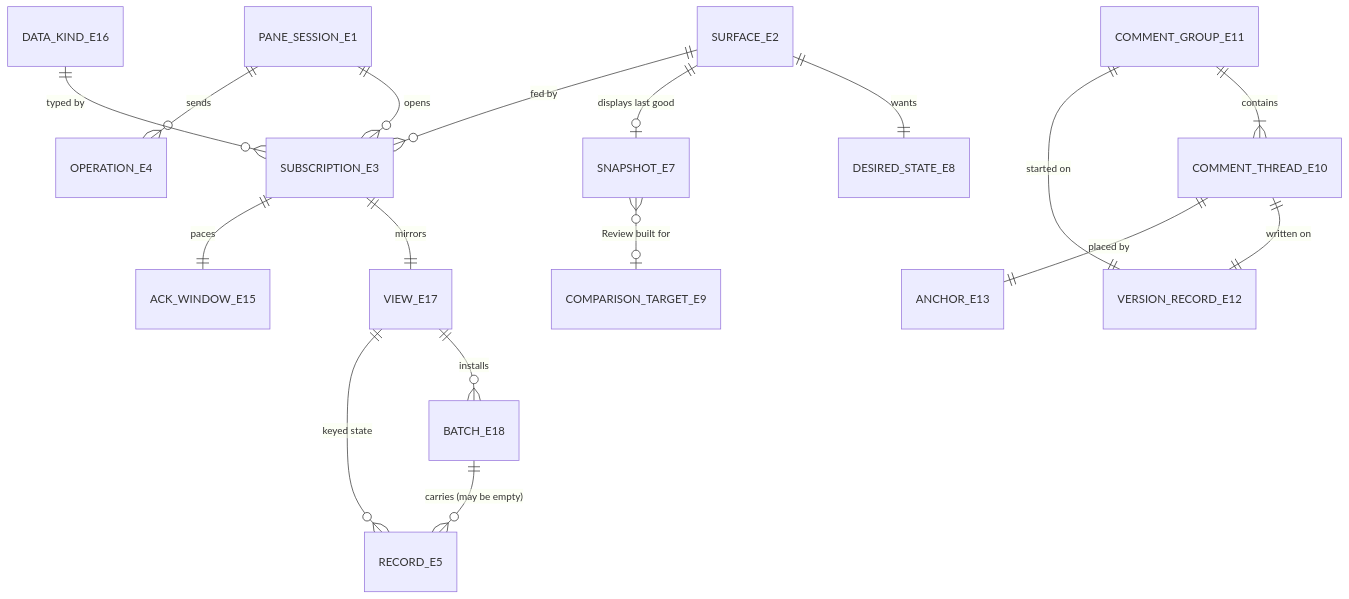
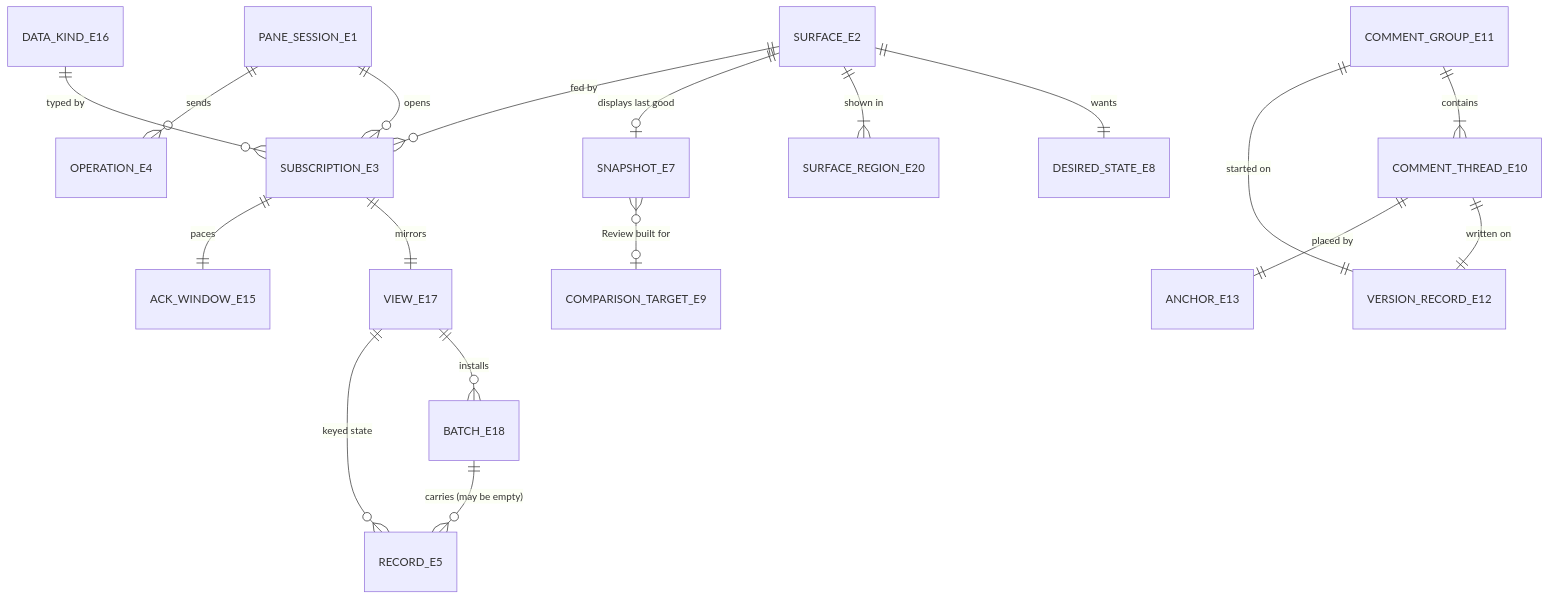
One commit to ShravanSunder/agentstudio changed the second of 2 diagrams in docs/specs/2026-09-24-bridge-stability-redesign/2026-09-24-bridge-stability-specification.md. Above: the diagram before and after it, drawn with Mermaid. The commit also changed other lines of this file and 2 other files, not shown here.

First line of the commit message:
docs(bridge): define E20 surface region and failed start for U13; loading row in C-UI

````diff
--- a/docs/specs/2026-09-24-bridge-stability-redesign/2026-09-24-bridge-stability-specification.md
+++ b/docs/specs/2026-09-24-bridge-stability-redesign/2026-09-24-bridge-stability-specification.md
@@ -45,19 +46,20 @@
 ```mermaid
 erDiagram
   PANE_SESSION_E1 ||--o{ SUBSCRIPTION_E3 : "opens"
   PANE_SESSION_E1 ||--o{ OPERATION_E4 : "sends"
   SURFACE_E2 ||--|| DESIRED_STATE_E8 : "wants"
+  SURFACE_E2 ||--|{ SURFACE_REGION_E20 : "shown in"
   SURFACE_E2 ||--o| SNAPSHOT_E7 : "displays last good"
   SURFACE_E2 ||--o{ SUBSCRIPTION_E3 : "fed by"
   SUBSCRIPTION_E3 ||--|| VIEW_E17 : "mirrors"
   VIEW_E17 ||--o{ BATCH_E18 : "installs"
   BATCH_E18 ||--o{ RECORD_E5 : "carries (may be empty)"
   VIEW_E17 ||--o{ RECORD_E5 : "keyed state"
   SUBSCRIPTION_E3 ||--|| ACK_WINDOW_E15 : "paces"
   DATA_KIND_E16 ||--o{ SUBSCRIPTION_E3 : "typed by"
   COMMENT_GROUP_E11 ||--|{ COMMENT_THREAD_E10 : "contains"
   COMMENT_THREAD_E10 ||--|| VERSION_RECORD_E12 : "written on"
   COMMENT_GROUP_E11 ||--|| VERSION_RECORD_E12 : "started on"
   COMMENT_THREAD_E10 ||--|| ANCHOR_E13 : "placed by"
   SNAPSHOT_E7 }o--o| COMPARISON_TARGET_E9 : "Review built for"
 ```
````
